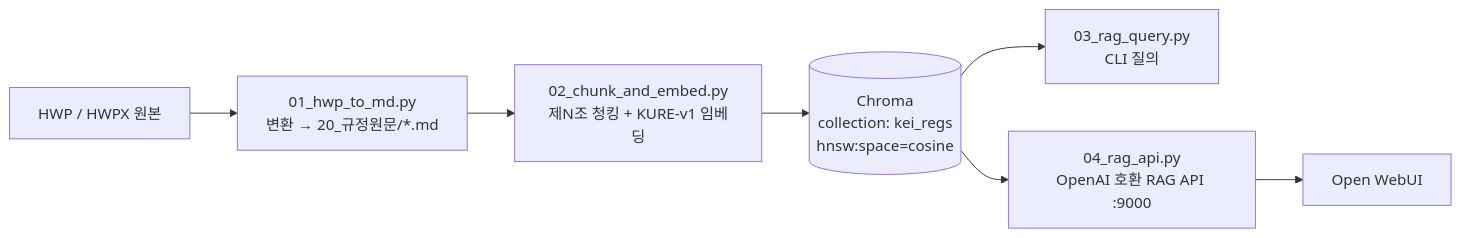
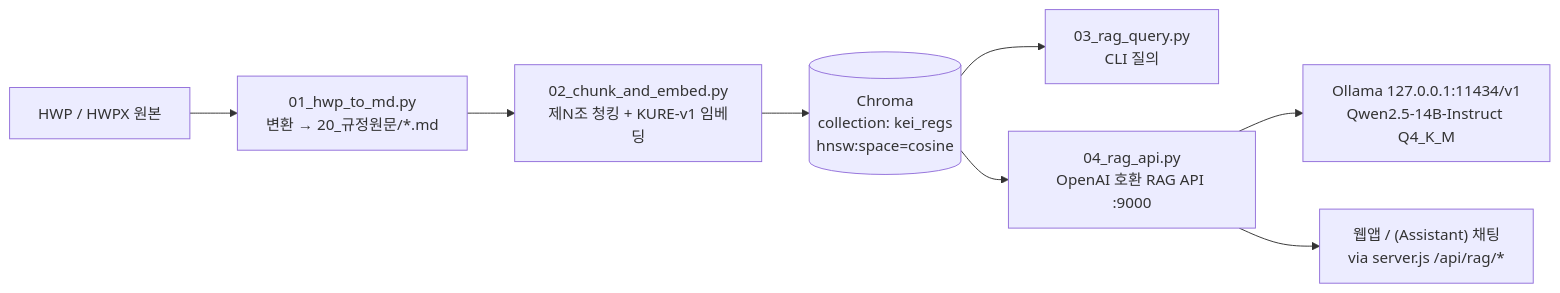
Before and after one commit to mooner92/KEIAdminSuperv: the second of 3 diagrams in README.md, drawn with Mermaid. The commit also changed other lines of this file and 4 other files, not shown here.

````diff
--- a/README.md
+++ b/README.md
@@ -172,9 +190,10 @@
 ```mermaid
 flowchart LR
     HWP["HWP / HWPX 원본"] --> S01["01_hwp_to_md.py<br/>변환 → 20_규정원문/*.md"]
     S01 --> S02["02_chunk_and_embed.py<br/>제N조 청킹 + KURE-v1 임베딩"]
     S02 --> Chroma[("Chroma<br/>collection: kei_regs<br/>hnsw:space=cosine")]
     Chroma --> S03["03_rag_query.py<br/>CLI 질의"]
     Chroma --> S04["04_rag_api.py<br/>OpenAI 호환 RAG API :9000"]
-    S04 --> UI["Open WebUI"]
+    S04 --> Ollama["Ollama 127.0.0.1:11434/v1<br/>Qwen2.5-14B-Instruct Q4_K_M"]
+    S04 --> Chat["웹앱 / (Assistant) 채팅<br/>via server.js /api/rag/*"]
 ```
````
